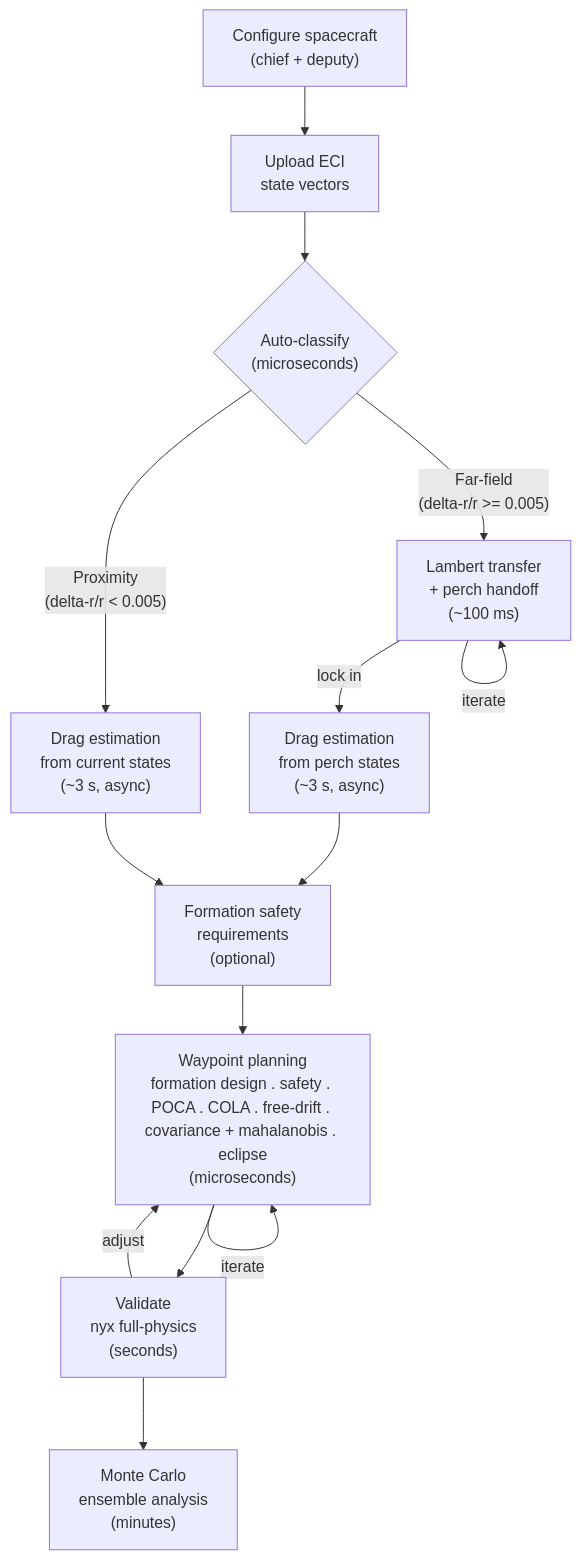
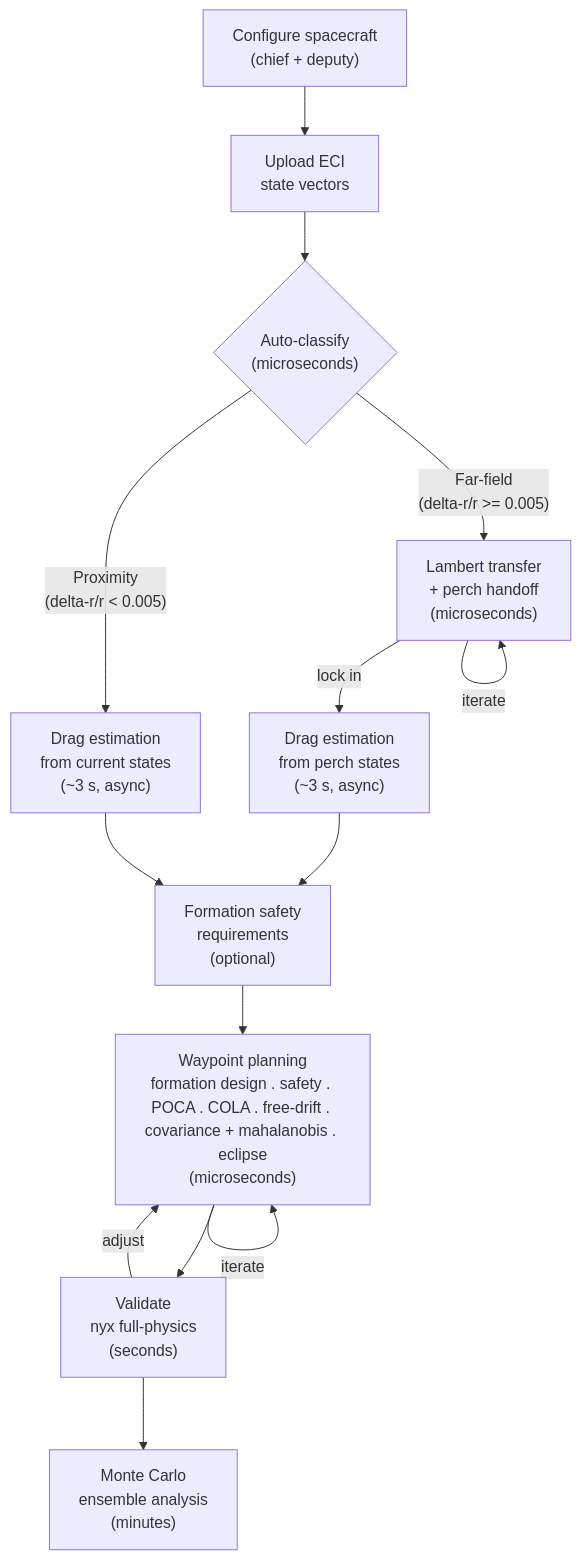
Before and after one commit to sakobu/rpo-toolkit: the diagram in README.md, drawn with Mermaid. The commit also changed other lines of this file and 3 other files, not shown here.

Commit message:
fix: update documentation for Lambert transfer configuration and API changes

````diff
--- a/README.md
+++ b/README.md
@@ -62,16 +62,16 @@
 ```mermaid
 flowchart TD
     A["Configure spacecraft\n(chief + deputy)"] --> B["Upload ECI\nstate vectors"]
     B --> C{"Auto-classify\n(microseconds)"}
-    C -- "Far-field\n(delta-r/r >= 0.005)" --> D["Lambert transfer\n+ perch handoff\n(~100 ms)"]
+    C -- "Far-field\n(delta-r/r >= 0.005)" --> D["Lambert transfer\n+ perch handoff\n(microseconds)"]
     C -- "Proximity\n(delta-r/r < 0.005)" --> E2["Drag estimation\nfrom current states\n(~3 s, async)"]
     D -- "iterate" --> D
     D -- "lock in" --> E1["Drag estimation\nfrom perch states\n(~3 s, async)"]
     E1 --> S["Formation safety\nrequirements\n(optional)"]
     E2 --> S
     S --> F["Waypoint planning\nformation design . safety . POCA . COLA . free-drift . covariance + mahalanobis . eclipse\n(microseconds)"]
     F -- "iterate" --> F
     F --> G["Validate\nnyx full-physics\n(seconds)"]
     G -- "adjust" --> F
     G --> H["Monte Carlo\nensemble analysis\n(minutes)"]
 ```
````
